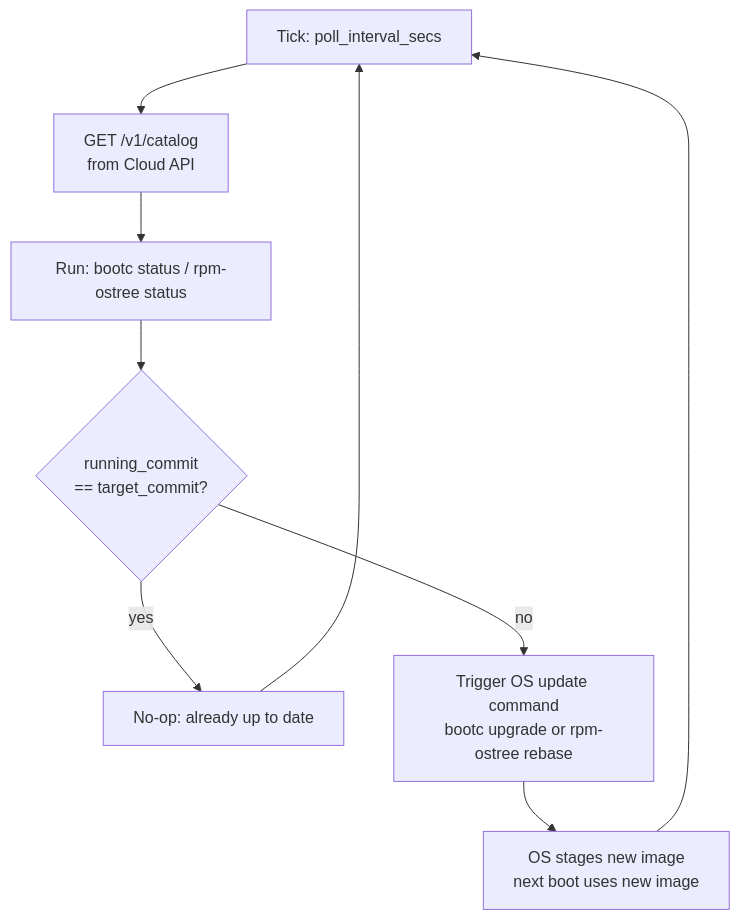
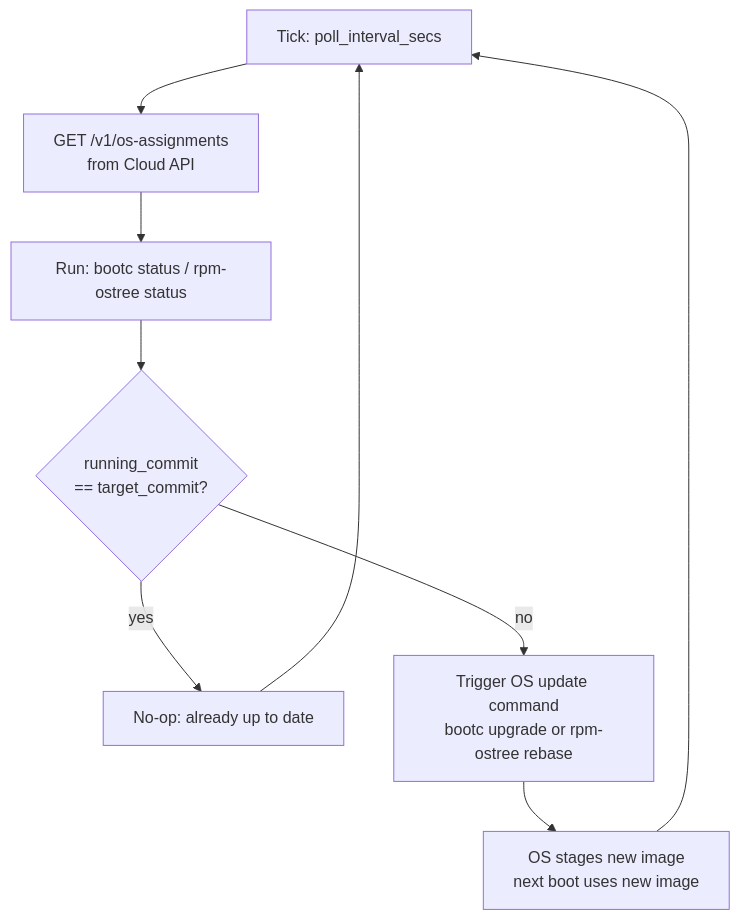
Before and after one commit to amosproj/amos2026ss01-zero-downtime-linux-updates: the second of 2 diagrams in Documentation/design_documentation.md, drawn with Mermaid. The commit also changed other lines of this file and 6 other files, not shown here.

Commit message:
chore: remove remnants of outdated catalog/download api

````diff
--- a/Documentation/design_documentation.md
+++ b/Documentation/design_documentation.md
@@ -171,11 +171,11 @@
 ```mermaid
 flowchart TD
-    A[Tick: poll_interval_secs] --> B[GET /v1/catalog\nfrom Cloud API]
+    A[Tick: poll_interval_secs] --> B[GET /v1/os-assignments\nfrom Cloud API]
     B --> C[Run: bootc status / rpm-ostree status]
     C --> D{running_commit\n== target_commit?}
     D -- yes --> E[No-op: already up to date]
     D -- no --> F[Trigger OS update command\nbootc upgrade or rpm-ostree rebase]
     F --> G[OS stages new image\nnext boot uses new image]
     E --> A
     G --> A
 ```
````
